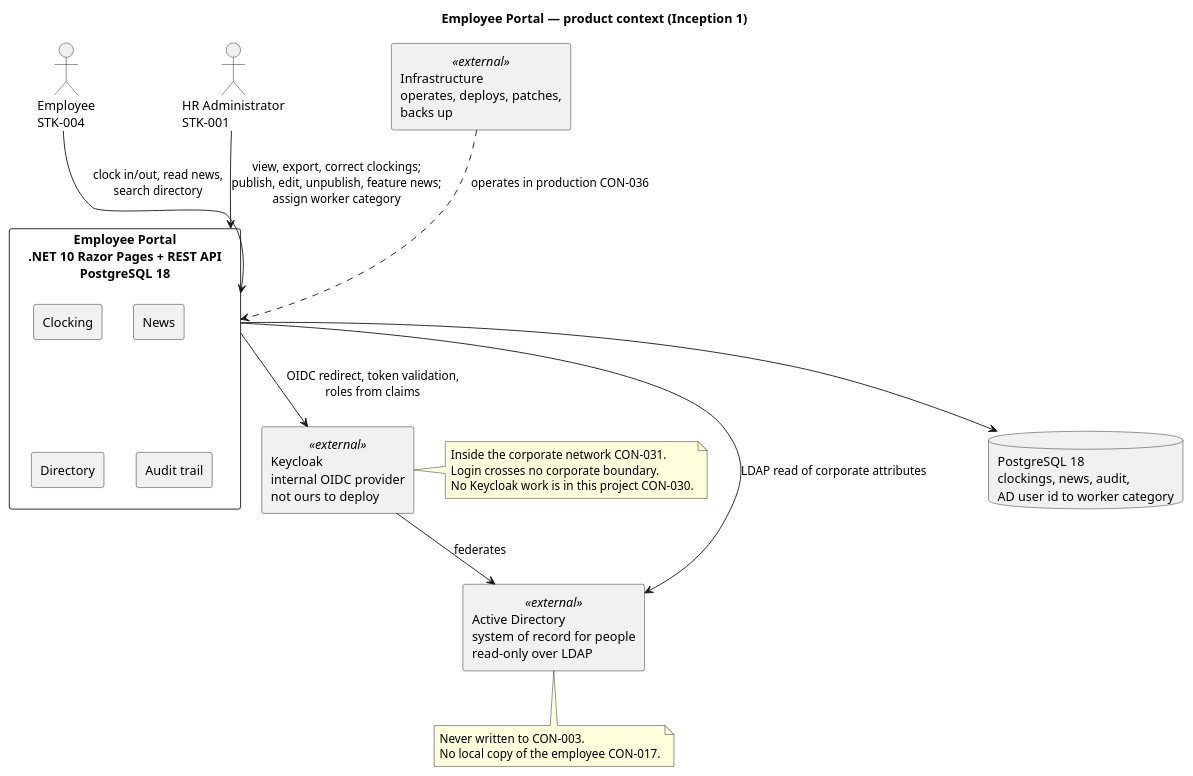
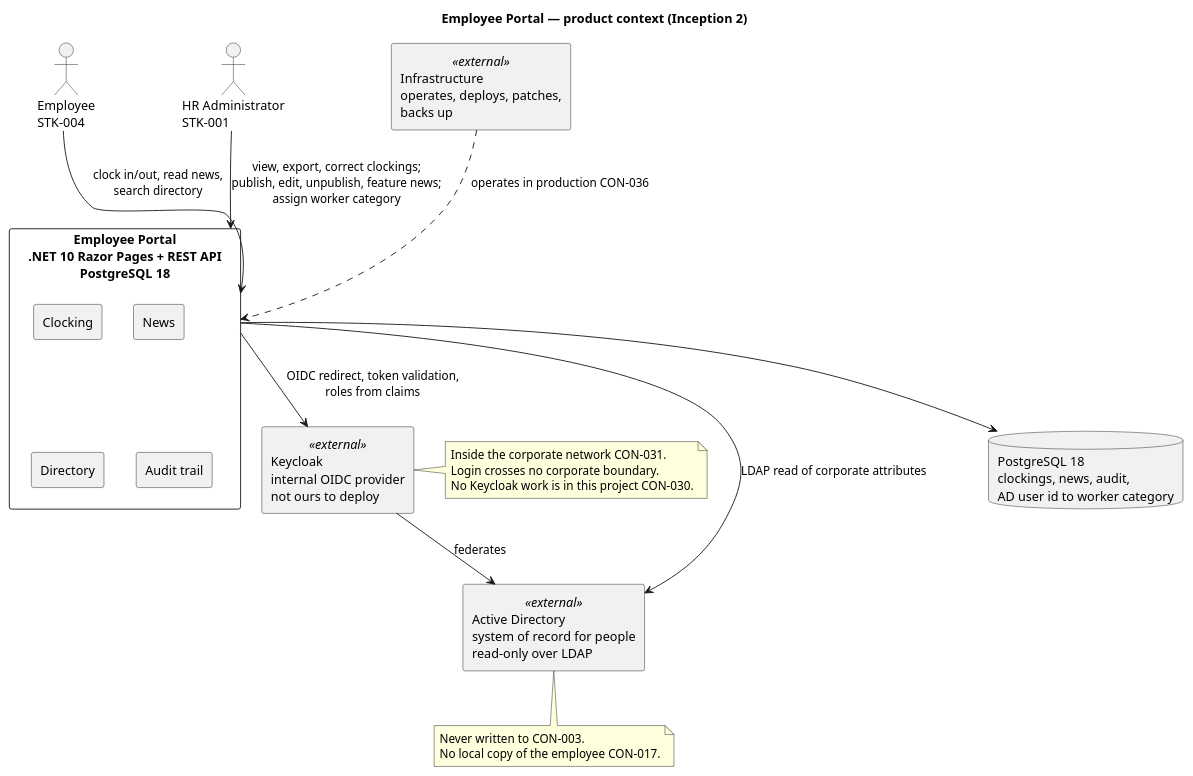
One commit to banense-test/portal changed the first of 4 diagrams in docs/artifacts/requirements/vision.md. Above: the diagram before and after it, drawn with PlantUML. The commit also changed other lines of this file, not shown here.

Commit message:
System Analyst [I2]: upsert Vision
[skip ci]

````diff
--- a/docs/artifacts/requirements/vision.md
+++ b/docs/artifacts/requirements/vision.md
@@ -22,41 +21,41 @@
 ```plantuml
 @startuml
-title Employee Portal — product context (Inception 1)
+title Employee Portal — product context (Inception 2)
 
 skinparam componentStyle rectangle
 
 actor "Employee\nSTK-004" as EMP
 actor "HR Administrator\nSTK-001" as HR
 
 component "Employee Portal\n.NET 10 Razor Pages + REST API\nPostgreSQL 18" as PORTAL {
   component "Clocking" as C1
   component "News" as C2
   component "Directory" as C3
   component "Audit trail" as C4
 }
 
 component "Keycloak\ninternal OIDC provider\nnot ours to deploy" as KC <<external>>
 component "Active Directory\nsystem of record for people\nread-only over LDAP" as AD <<external>>
 database "PostgreSQL 18\nclockings, news, audit,\nAD user id to worker category" as DB
 component "Infrastructure\noperates, deploys, patches,\nbacks up" as INFRA <<external>>
 
 EMP --> PORTAL : clock in/out, read news,\nsearch directory
 HR --> PORTAL : view, export, correct clockings;\npublish, edit, unpublish, feature news;\nassign worker category
 PORTAL --> KC : OIDC redirect, token validation,\nroles from claims
 KC --> AD : federates
 PORTAL --> AD : LDAP read of corporate attributes
 PORTAL --> DB
 INFRA ..> PORTAL : operates in production CON-036
 
 note right of KC
   Inside the corporate network CON-031.
   Login crosses no corporate boundary.
   No Keycloak work is in this project CON-030.
 end note
 
 note bottom of AD
   Never written to CON-003.
   No local copy of the employee CON-017.
 end note
 @enduml
 ```
````
